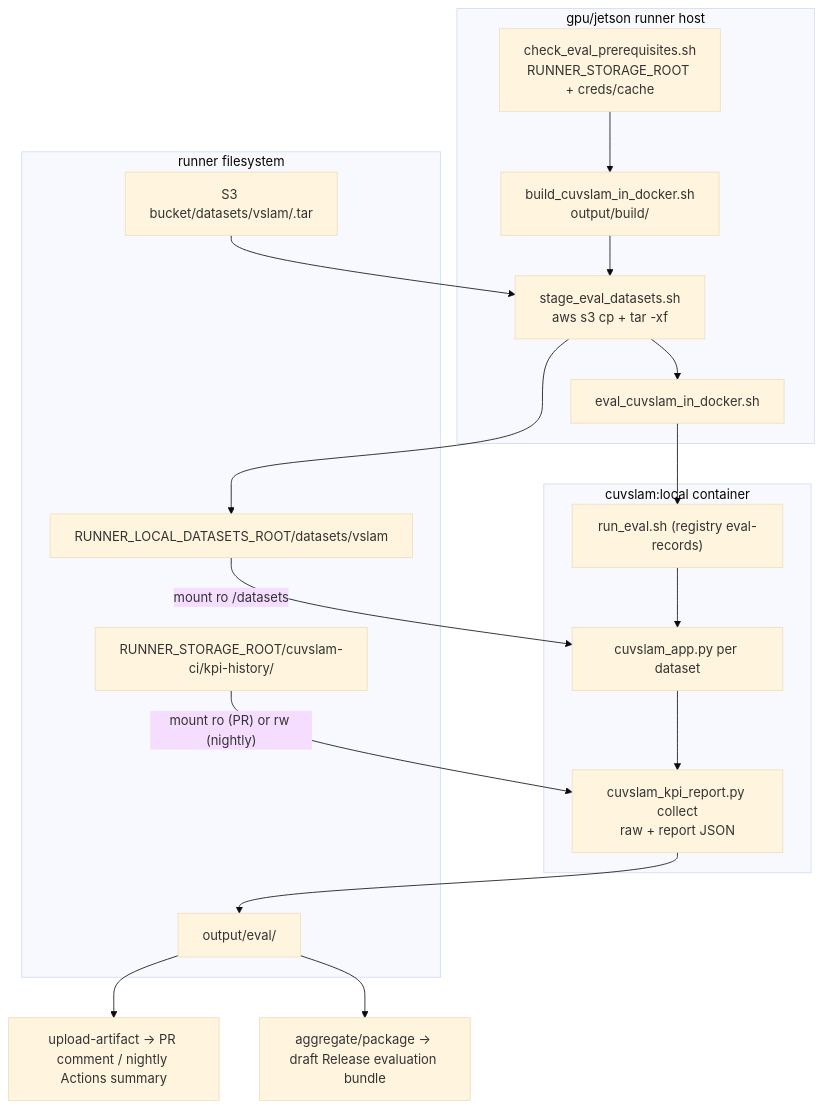
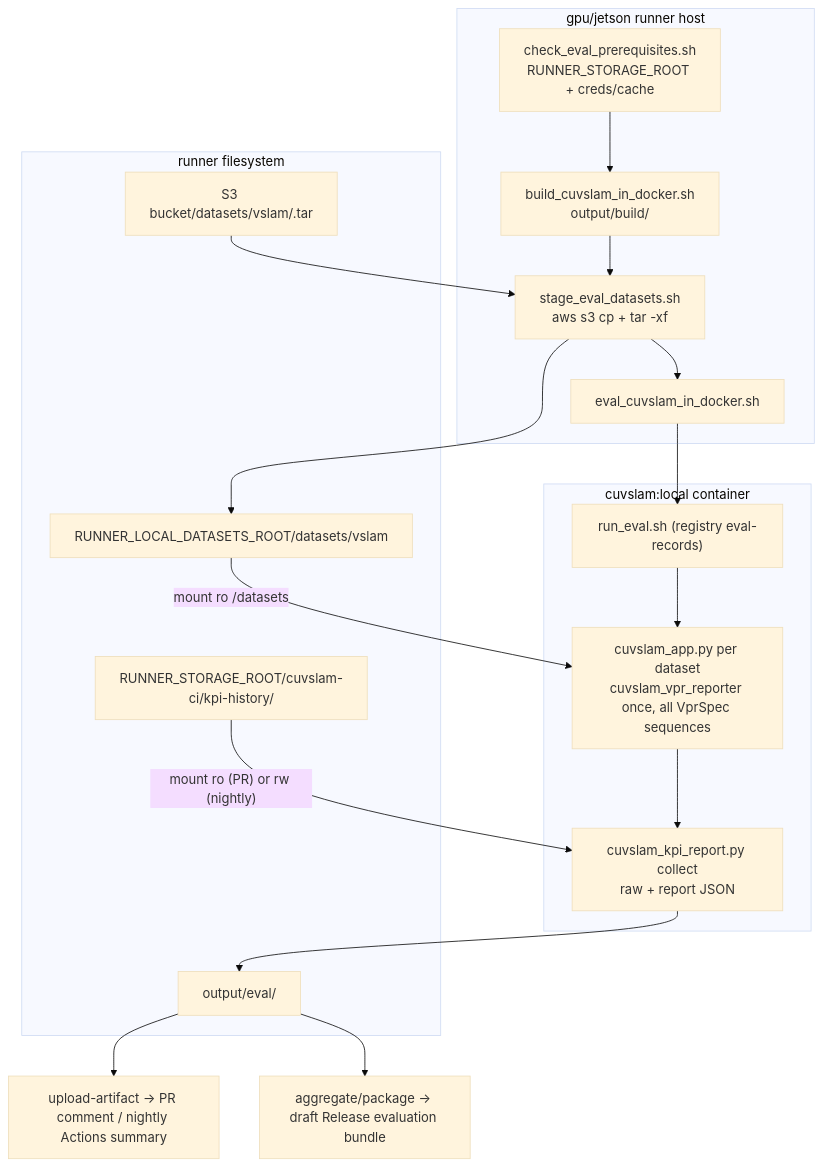
The diagram in cuvslam-skills/cuvslam-ci/reference.md (nvidia-isaac/cuVSLAM), drawn with Mermaid (base theme) before and after one commit. The commit also changed other lines of this file and 6 other files, not shown here.

````diff
--- a/cuvslam-skills/cuvslam-ci/reference.md
+++ b/cuvslam-skills/cuvslam-ci/reference.md
@@ -24,29 +24,29 @@
 ```mermaid
 flowchart TD
   subgraph host [gpu/jetson runner host]
     prereq["check_eval_prerequisites.sh\nRUNNER_STORAGE_ROOT + creds/cache"]
     build["build_cuvslam_in_docker.sh\noutput/build/"]
     stage["stage_eval_datasets.sh\naws s3 cp + tar -xf"]
     wrapper["eval_cuvslam_in_docker.sh"]
     prereq --> build --> stage --> wrapper
   end
   subgraph container [cuvslam:local container]
     inner["run_eval.sh (registry eval-records)"]
-    app["cuvslam_app.py per dataset"]
+    app["cuvslam_app.py per dataset\ncuvslam_vpr_reporter once, all VprSpec sequences"]
     kpi["cuvslam_kpi_report.py collect\nraw + report JSON"]
     inner --> app --> kpi
   end
   subgraph fs [runner filesystem]
     s3["S3 bucket/datasets/vslam/<name>.tar"]
     cache["RUNNER_LOCAL_DATASETS_ROOT/datasets/vslam"]
     history["RUNNER_STORAGE_ROOT/cuvslam-ci/kpi-history/<slug>"]
     out["output/eval/"]
   end
   s3 --> stage --> cache
   wrapper --> inner
   cache -->|"mount ro /datasets"| app
   history -->|"mount ro (PR) or rw (nightly)"| kpi
   kpi --> out
   out --> pub["upload-artifact -> PR comment / nightly Actions summary"]
   out --> release["aggregate/package -> draft Release evaluation bundle"]
 ```
````
